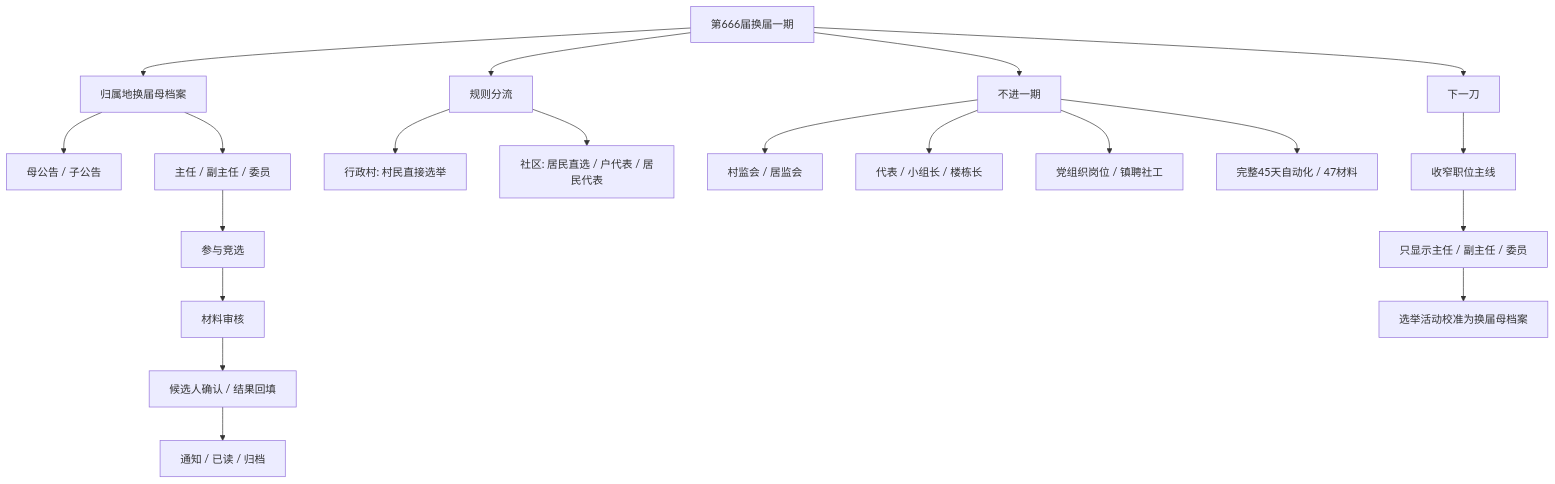
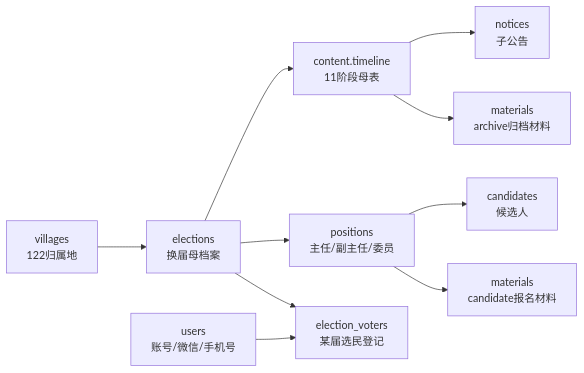
Before and after one commit to 4xiaxia/election-v2: the first of 3 diagrams in 副船长的航海接力日志/当前接力图.md, drawn with Mermaid. The commit also changed other lines of this file and 29 other files, not shown here.

````diff
--- a/副船长的航海接力日志/当前接力图.md
+++ b/副船长的航海接力日志/当前接力图.md
@@ -7,25 +7,12 @@
 ```mermaid
-flowchart TD
-    A[第666届换届一期] --> B[归属地换届母档案]
-    B --> C[母公告 / 子公告]
-    B --> D[主任 / 副主任 / 委员]
-    D --> E[参与竞选]
-    E --> F[材料审核]
-    F --> G[候选人确认 / 结果回填]
-    G --> H[通知 / 已读 / 归档]
-
-    A --> R[规则分流]
-    R --> R1[行政村: 村民直接选举]
-    R --> R2[社区: 居民直选 / 户代表 / 居民代表]
-
-    A --> X[不进一期]
-    X --> X1[村监会 / 居监会]
-    X --> X2[代表 / 小组长 / 楼栋长]
-    X --> X3[党组织岗位 / 镇聘社工]
-    X --> X4[完整45天自动化 / 47材料]
-
-    A --> P[下一刀]
-    P --> P1[收窄职位主线]
-    P1 --> P2[只显示主任 / 副主任 / 委员]
-    P2 --> P3[选举活动校准为换届母档案]
+flowchart LR
+    V[villages<br/>122归属地] --> E[elections<br/>换届母档案]
+    E --> T[content.timeline<br/>11阶段母表]
+    E --> P[positions<br/>主任/副主任/委员]
+    P --> C[candidates<br/>候选人]
+    P --> M1[materials<br/>candidate报名材料]
+    T --> N[notices<br/>子公告]
+    T --> M2[materials<br/>archive归档材料]
+    U[users<br/>账号/微信/手机号] --> EV[election_voters<br/>某届选民登记]
+    E --> EV
 ```
````
